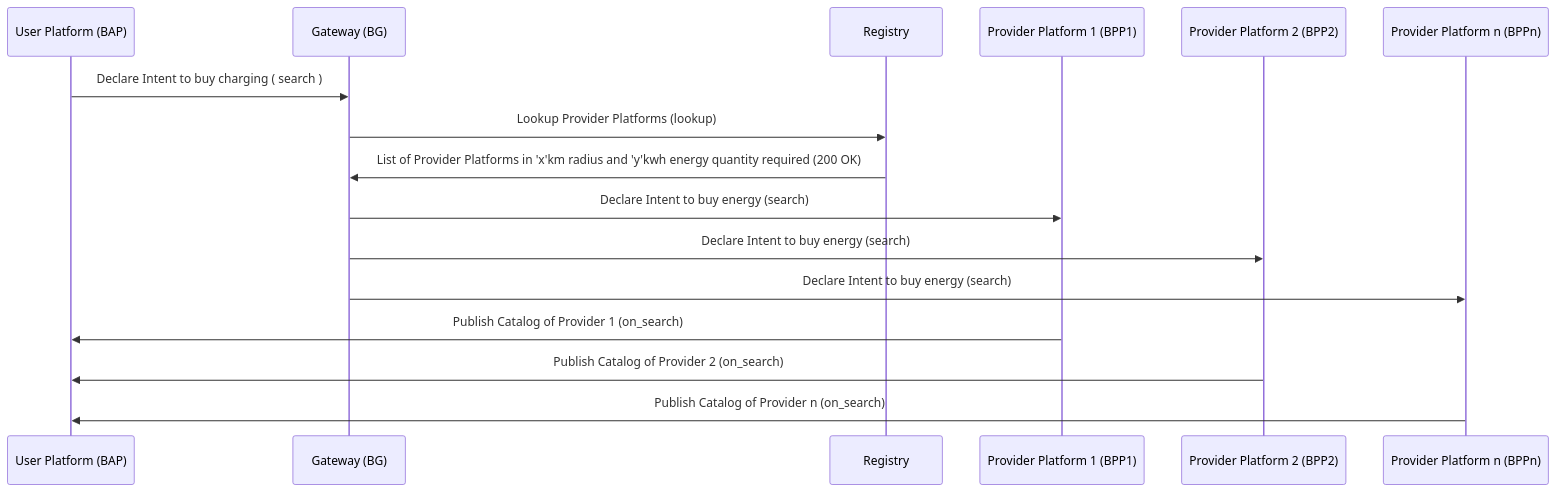
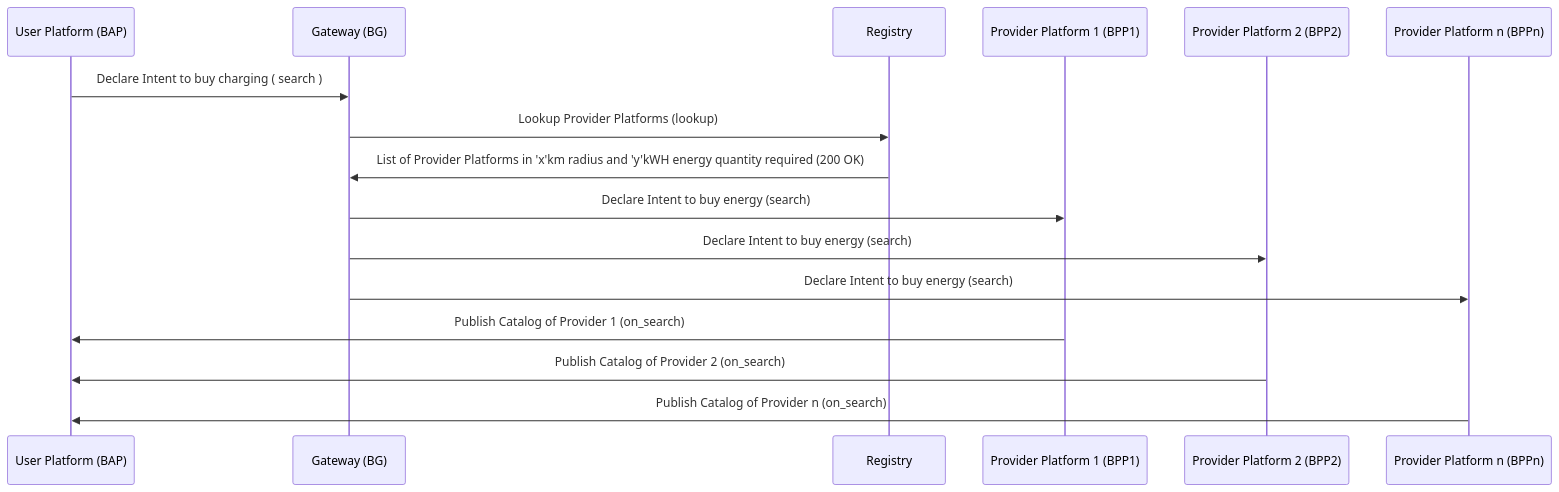
One commit to Sudheesh2609/DENT-Protocol changed the second of 8 diagrams in docs/implementation-guides/General_Energy_Transaction_1.md. Above: the diagram before and after it, drawn with Mermaid. The commit also changed other lines of this file, not shown here.

First line of the commit message:
Update General_Energy_Transaction_1.md

````diff
--- a/docs/implementation-guides/General_Energy_Transaction_1.md
+++ b/docs/implementation-guides/General_Energy_Transaction_1.md
@@ -101,12 +108,12 @@
 ```mermaid
     sequenceDiagram
     User Platform (BAP)->>Gateway (BG): Declare Intent to buy charging ( search )
     Gateway (BG)->>Registry: Lookup Provider Platforms (lookup)
-    Registry->>Gateway (BG): List of Provider Platforms in 'x'km radius and 'y'kwh energy quantity required (200 OK)
+    Registry->>Gateway (BG): List of Provider Platforms in 'x'km radius and 'y'kWH energy quantity required (200 OK)
     Gateway (BG)->>Provider Platform 1 (BPP1): Declare Intent to buy energy (search)
     Gateway (BG)->>Provider Platform 2 (BPP2): Declare Intent to buy energy (search)
     Gateway (BG)->>Provider Platform n (BPPn): Declare Intent to buy energy (search)
     Provider Platform 1 (BPP1)->>User Platform (BAP): Publish Catalog of Provider 1 (on_search)
     Provider Platform 2 (BPP2)->>User Platform (BAP): Publish Catalog of Provider 2 (on_search)
     Provider Platform n (BPPn)->>User Platform (BAP): Publish Catalog of Provider n (on_search)
 ```
````
